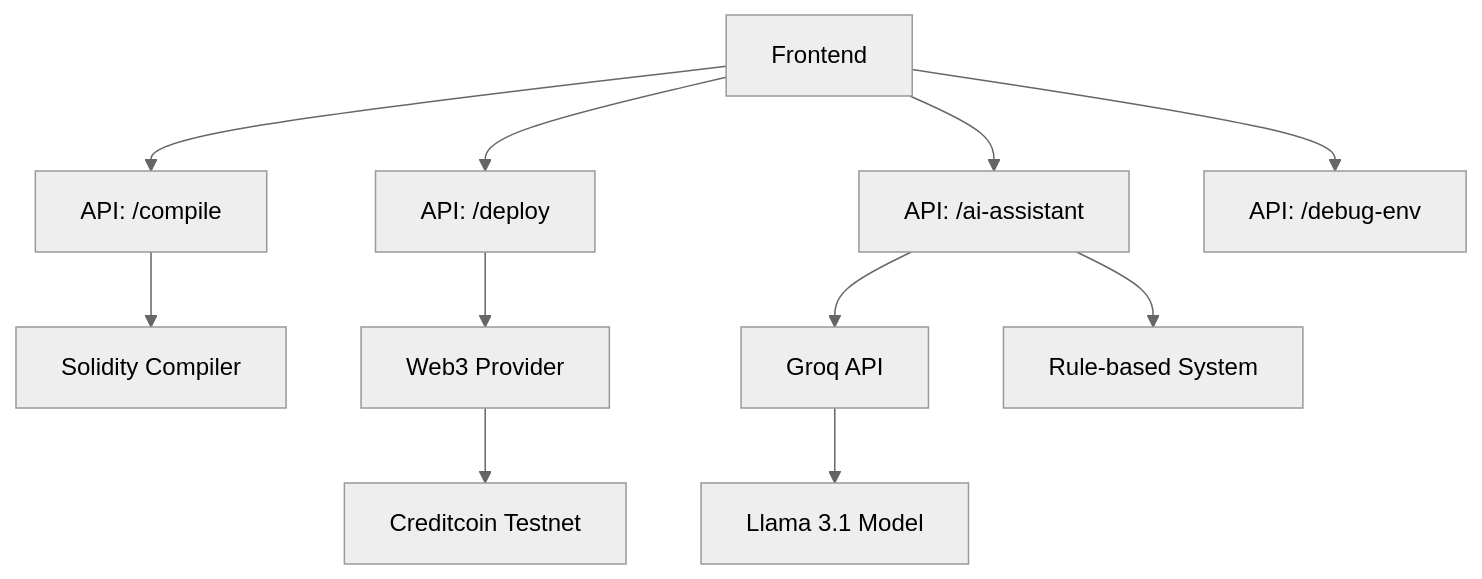
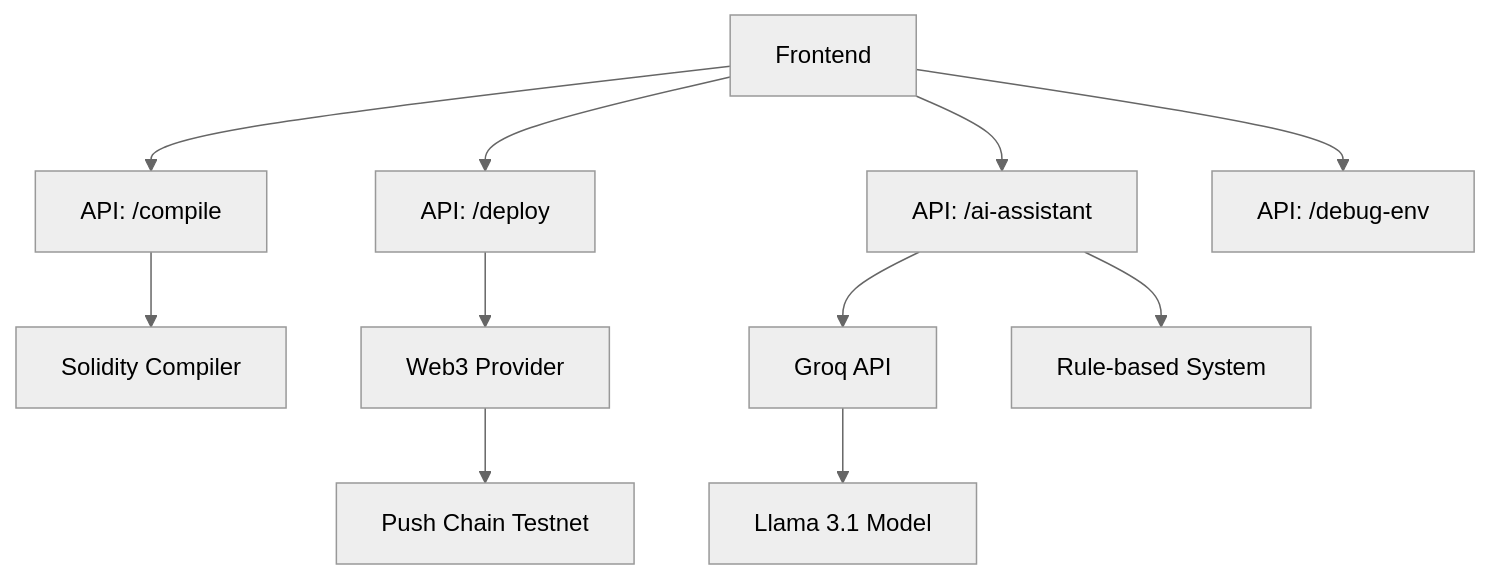
Before and after one commit to enliven17/push-playground: the first of 2 diagrams in docs/api-endpoints.md, drawn with Mermaid (neutral theme). The commit also changed other lines of this file and 15 other files, not shown here.

````diff
--- a/docs/api-endpoints.md
+++ b/docs/api-endpoints.md
@@ -5,15 +5,15 @@
 ```mermaid
 graph TB
     A[Frontend] --> B["API: /compile"]
     A --> C["API: /deploy"]
     A --> D["API: /ai-assistant"]
     A --> E["API: /debug-env"]
     
     B --> F[Solidity Compiler]
     C --> G[Web3 Provider]
     D --> H[Groq API]
     D --> I[Rule-based System]
     
-    G --> J[Creditcoin Testnet]
+    G --> J[Push Chain Testnet]
     H --> K[Llama 3.1 Model]
 ```
````
